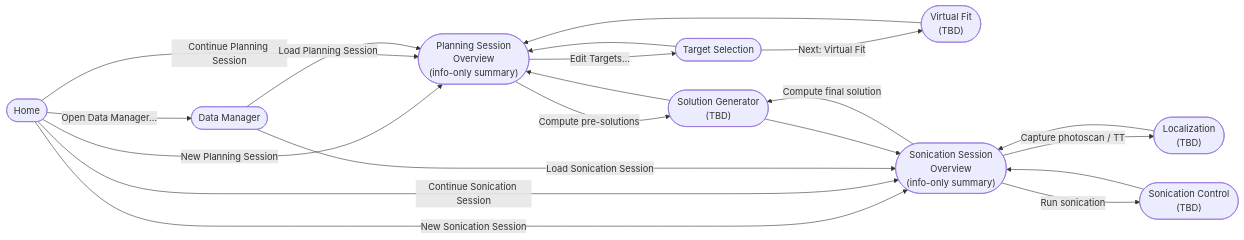
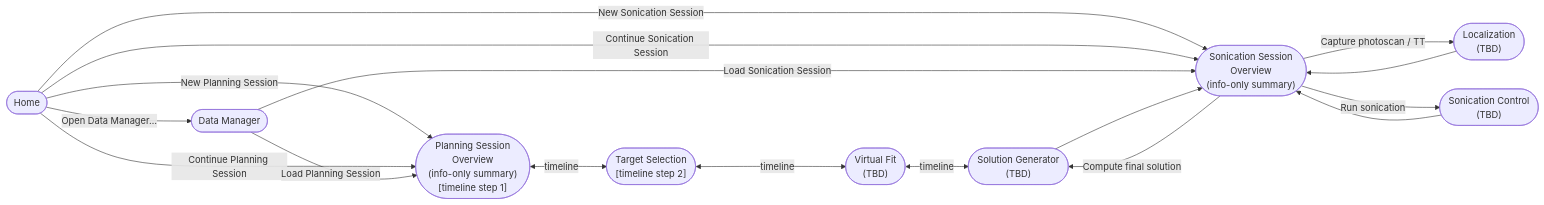
One commit to OpenwaterHealth/SlicerOpenLIFU changed the second of 4 diagrams in docs/architecture.md. Above: the diagram before and after it, drawn with Mermaid. The commit also changed other lines of this file and 6 other files, not shown here.

First line of the commit message:
Planning Overview on the timeline; drop Edit Targets; cap table height (#642)

````diff
--- a/docs/architecture.md
+++ b/docs/architecture.md
@@ -91,32 +97,29 @@
 ```mermaid
 flowchart LR
     HOME(["Home"])
     DM(["Data Manager"])
-    PSO(["Planning Session<br/>Overview<br/>(info-only summary)"])
-    TSEL(["Target Selection"])
+    PSO(["Planning Session<br/>Overview<br/>(info-only summary)<br/>[timeline step 1]"])
+    TSEL(["Target Selection<br/>[timeline step 2]"])
     VF(["Virtual Fit<br/>(TBD)"])
     SG(["Solution Generator<br/>(TBD)"])
     SSO(["Sonication Session<br/>Overview<br/>(info-only summary)"])
     LOC(["Localization<br/>(TBD)"])
     SC(["Sonication Control<br/>(TBD)"])
 
     HOME -->|"New Planning Session"| PSO
     HOME -->|"Continue Planning Session"| PSO
     HOME -->|"New Sonication Session"| SSO
     HOME -->|"Continue Sonication Session"| SSO
     HOME -->|"Open Data Manager…"| DM
     DM -->|"Load Planning Session"| PSO
     DM -->|"Load Sonication Session"| SSO
-    PSO -->|"Edit Targets…"| TSEL
-    PSO -->|"Compute pre-solutions"| SG
-    TSEL -->|"Next: Virtual Fit"| VF
+    PSO <-->|"timeline"| TSEL
+    TSEL <-->|"timeline"| VF
+    VF <-->|"timeline"| SG
     SSO -->|"Capture photoscan / TT"| LOC
     SSO -->|"Compute final solution"| SG
     SSO -->|"Run sonication"| SC
     LOC --> SSO
-    TSEL --> PSO
-    VF --> PSO
-    SG --> PSO
     SG --> SSO
     SC --> SSO
 ```
````
